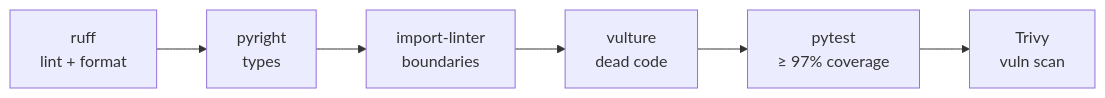
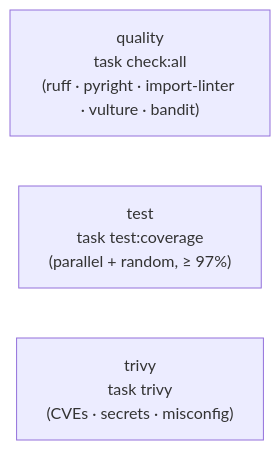
The diagram in docs/operations/ci.md (cjgalvisc96/CJ-FASTAPI-DDD), drawn with Mermaid before and after one commit. The commit also changed other lines of this file and 11 other files, not shown here.

````diff
--- a/docs/operations/ci.md
+++ b/docs/operations/ci.md
@@ -11,8 +11,6 @@
 ```mermaid
 flowchart LR
-    Ruff[ruff<br/>lint + format] --> Pyright[pyright<br/>types]
-    Pyright --> IL[import-linter<br/>boundaries]
-    IL --> Vulture[vulture<br/>dead code]
-    Vulture --> Pytest[pytest<br/>≥ 97% coverage]
-    Pytest --> Trivy[Trivy<br/>vuln scan]
+    Q["quality<br/>task check:all<br/>(ruff · pyright · import-linter · vulture · bandit)"]
+    T["test<br/>task test:coverage<br/>(parallel + random, ≥ 97%)"]
+    V["trivy<br/>task trivy<br/>(CVEs · secrets · misconfig)"]
 ```
````
